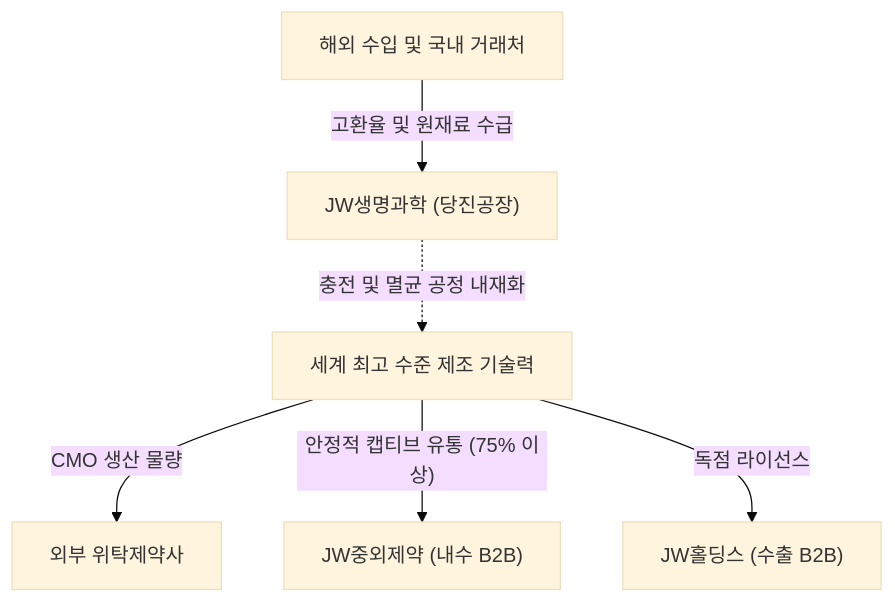
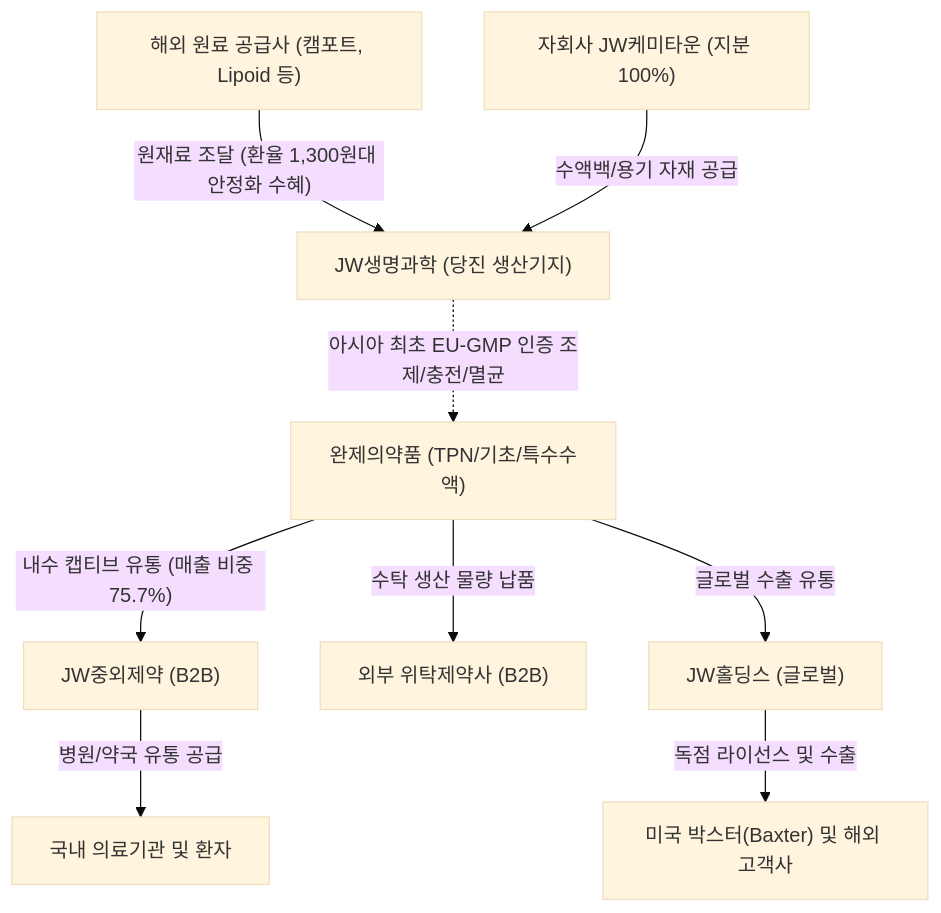
One commit to eve830521-cmd/my-skill changed the diagram in Stock_Research/JW생명과학/3_Final_Reports/Phase1_Report.md. Above: the diagram before and after it, drawn with Mermaid (base theme). The commit also changed other lines of this file and 127 other files, not shown here.

````diff
--- a/Stock_Research/JW생명과학/3_Final_Reports/Phase1_Report.md
+++ b/Stock_Research/JW생명과학/3_Final_Reports/Phase1_Report.md
@@ -11,8 +11,11 @@
 ```mermaid
 graph TD
-    A["해외 수입 및 국내 거래처"] -->|"고환율 및 원재료 수급"| B["JW생명과학 (당진공장)"]
-    B -. "충전 및 멸균 공정 내재화" .-> C["세계 최고 수준 제조 기술력"]
-    C -->|"CMO 생산 물량"| D["외부 위탁제약사"]
-    C -->|"안정적 캡티브 유통 (75% 이상)"| E["JW중외제약 (내수 B2B)"]
-    C -->|"독점 라이선스"| F["JW홀딩스 (수출 B2B)"]
+    A["해외 원료 공급사 (캠포트, Lipoid 등)"] -->|"원재료 조달 (환율 1,300원대 안정화 수혜)"| B["JW생명과학 (당진 생산기지)"]
+    K["자회사 JW케미타운 (지분 100%)"] -->|"수액백/용기 자재 공급"| B
+    B -. "아시아 최초 EU-GMP 인증 조제/충전/멸균" .-> C["완제의약품 (TPN/기초/특수수액)"]
+    C -->|"내수 캡티브 유통 (매출 비중 75.7%)"| D["JW중외제약 (B2B)"]
+    C -->|"수탁 생산 물량 납품"| E["외부 위탁제약사 (B2B)"]
+    C -->|"글로벌 수출 유통"| F["JW홀딩스 (글로벌)"]
+    D -->|"병원/약국 유통 공급"| G["국내 의료기관 및 환자"]
+    F -->|"독점 라이선스 및 수출"| H["미국 박스터(Baxter) 및 해외 고객사"]
 ```
````
